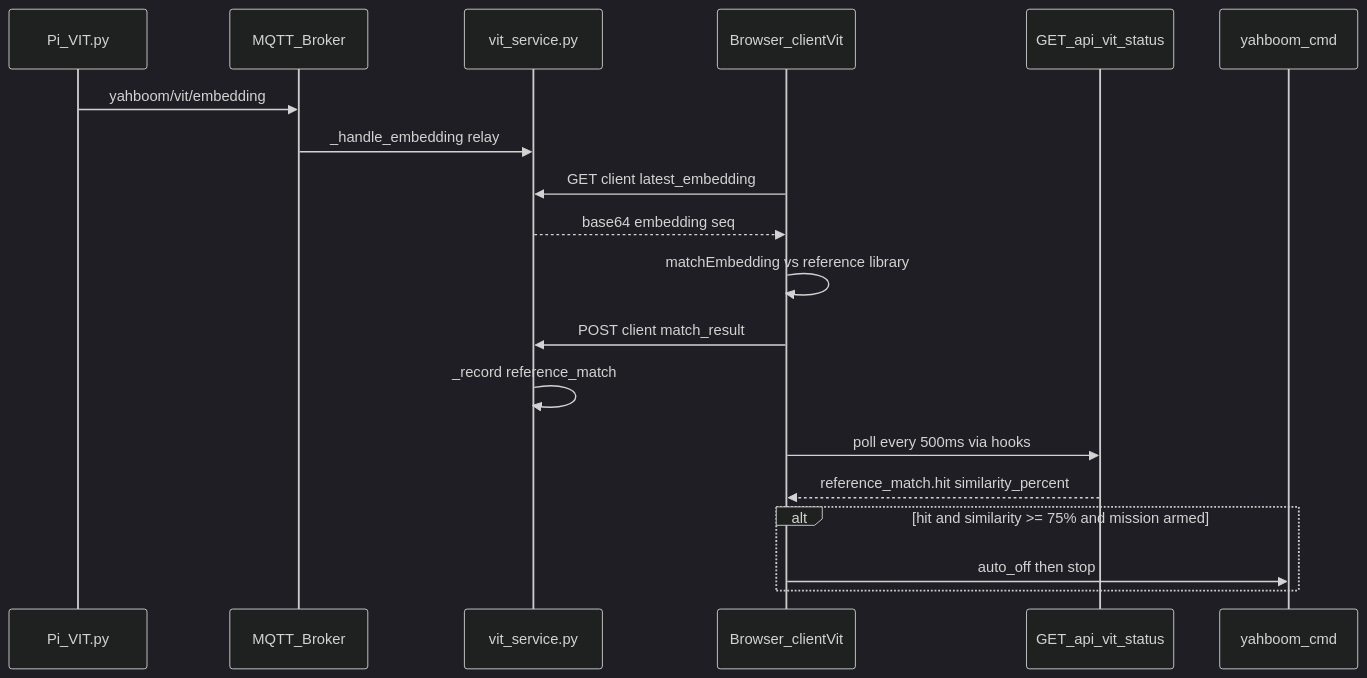
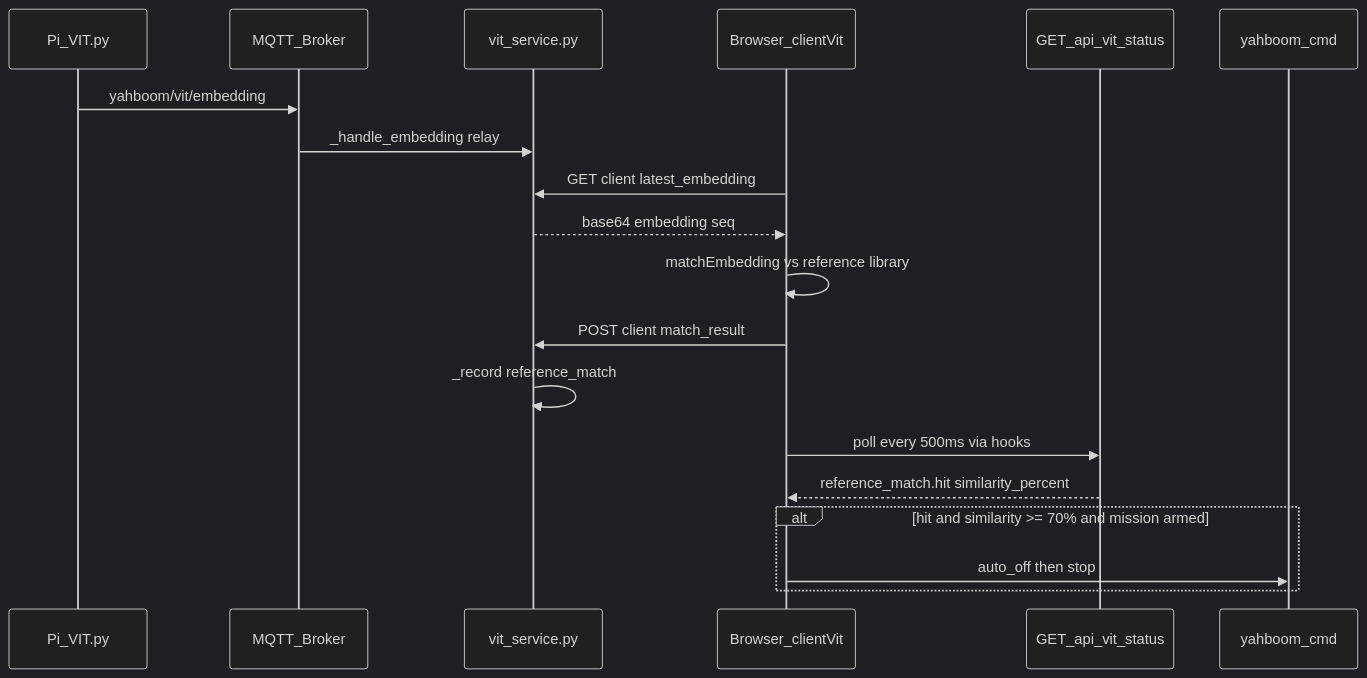
Before and after one commit to nyx-ulrix/YahboomProject: the second of 2 diagrams in Yahboom Dashboard/docs/EDGE_REFERENCE_MATCHING.md, drawn with Mermaid (dark theme). The commit also changed other lines of this file and 29 other files, not shown here.

````diff
--- a/Yahboom Dashboard/docs/EDGE_REFERENCE_MATCHING.md
+++ b/Yahboom Dashboard/docs/EDGE_REFERENCE_MATCHING.md
@@ -100,22 +100,22 @@
 ```mermaid
 sequenceDiagram
   participant Pi as Pi_VIT.py
   participant MQTT as MQTT_Broker
   participant VS as vit_service.py
   participant Cli as Browser_clientVit
   participant API as GET_api_vit_status
   participant Robot as yahboom_cmd
 
   Pi->>MQTT: yahboom/vit/embedding
   MQTT->>VS: _handle_embedding relay
   Cli->>VS: GET client latest_embedding
   VS-->>Cli: base64 embedding seq
   Cli->>Cli: matchEmbedding vs reference library
   Cli->>VS: POST client match_result
   VS->>VS: _record reference_match
   Cli->>API: poll every 500ms via hooks
   API-->>Cli: reference_match.hit similarity_percent
-  alt hit and similarity >= 75% and mission armed
+  alt hit and similarity >= 70% and mission armed
     Cli->>Robot: auto_off then stop
   end
 ```
````
